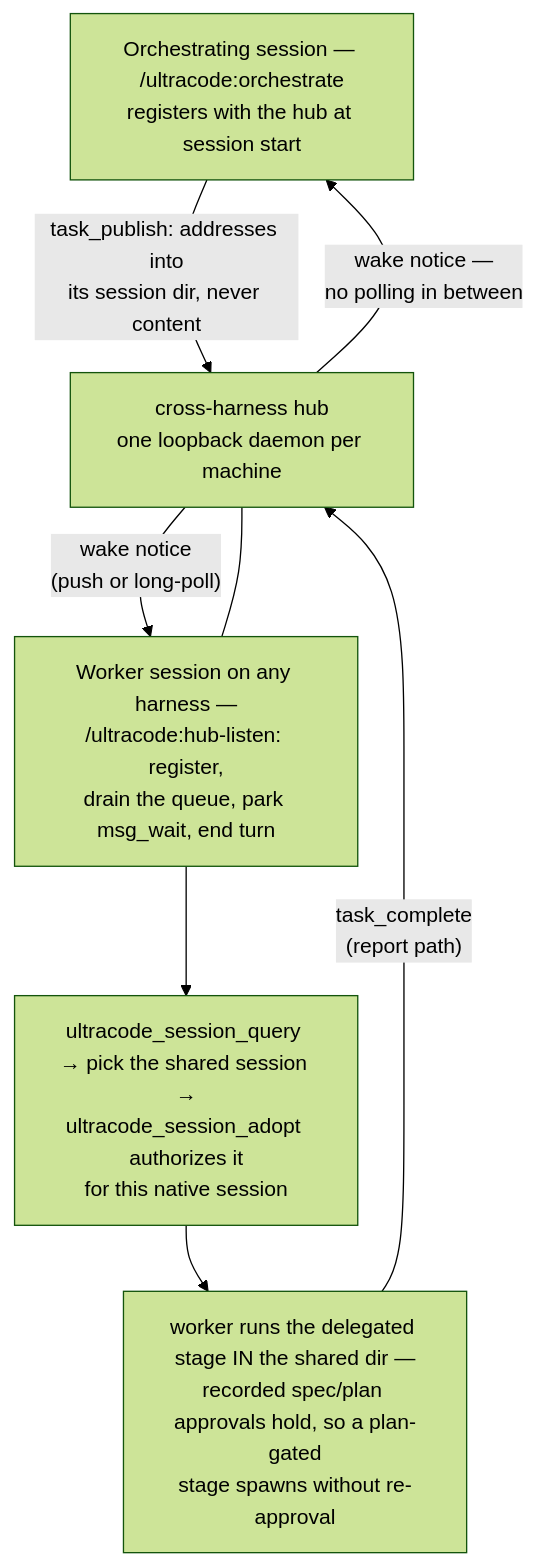
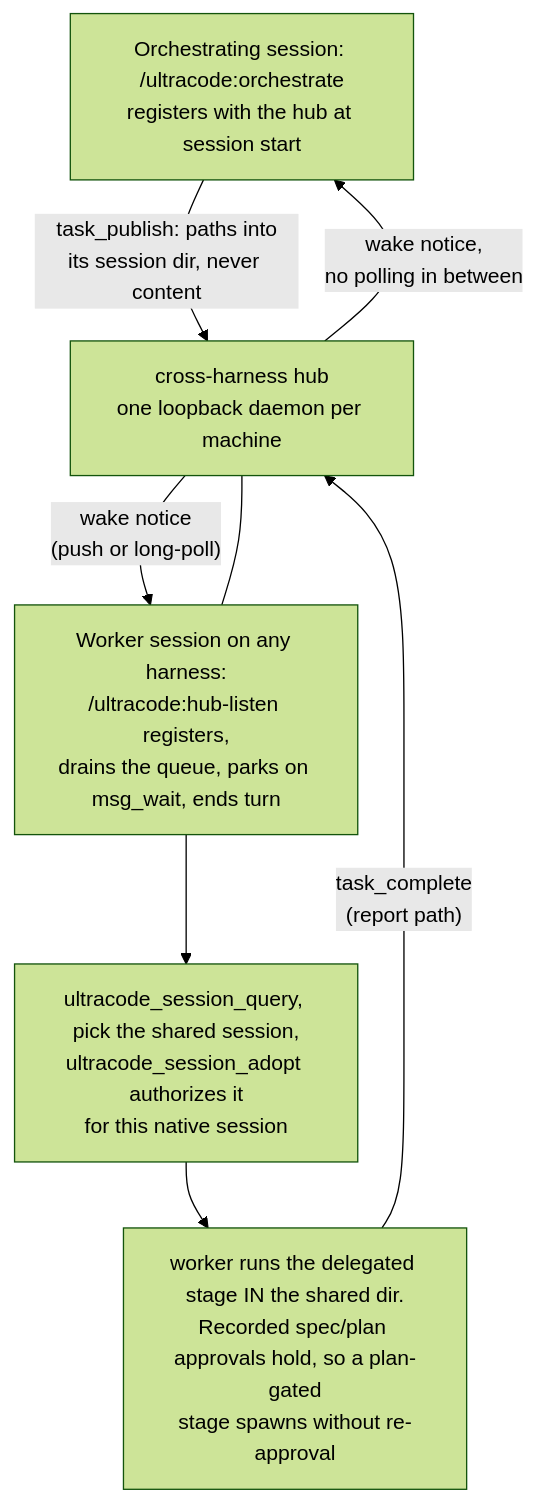
One commit to diepquynh/ultracode changed the second of 3 diagrams in README.md. Above: the diagram before and after it, drawn with Mermaid (forest theme). The commit also changed other lines of this file and 36 other files, not shown here.

````diff
--- a/README.md
+++ b/README.md
@@ -170,10 +174,10 @@
 ```mermaid
 flowchart TD
-    ORCH["Orchestrating session — /ultracode:orchestrate<br/>registers with the hub at session start"] -- "task_publish: addresses into<br/>its session dir, never content" --> HUB["cross-harness hub<br/>one loopback daemon per machine"]
-    WORK["Worker session on any harness —<br/>/ultracode:hub-listen: register,<br/>drain the queue, park msg_wait, end turn"] --- HUB
+    ORCH["Orchestrating session: /ultracode:orchestrate<br/>registers with the hub at session start"] -- "task_publish: paths into<br/>its session dir, never content" --> HUB["cross-harness hub<br/>one loopback daemon per machine"]
+    WORK["Worker session on any harness:<br/>/ultracode:hub-listen registers,<br/>drains the queue, parks on msg_wait, ends turn"] --- HUB
     HUB -- "wake notice<br/>(push or long-poll)" --> WORK
-    WORK --> ADOPT["ultracode_session_query → pick the shared session →<br/>ultracode_session_adopt authorizes it<br/>for this native session"]
-    ADOPT --> RUN["worker runs the delegated stage IN the shared dir —<br/>recorded spec/plan approvals hold, so a plan-gated<br/>stage spawns without re-approval"]
+    WORK --> ADOPT["ultracode_session_query, pick the shared session,<br/>ultracode_session_adopt authorizes it<br/>for this native session"]
+    ADOPT --> RUN["worker runs the delegated stage IN the shared dir.<br/>Recorded spec/plan approvals hold, so a plan-gated<br/>stage spawns without re-approval"]
     RUN -- "task_complete<br/>(report path)" --> HUB
-    HUB -- "wake notice —<br/>no polling in between" --> ORCH
+    HUB -- "wake notice,<br/>no polling in between" --> ORCH
 ```
````
